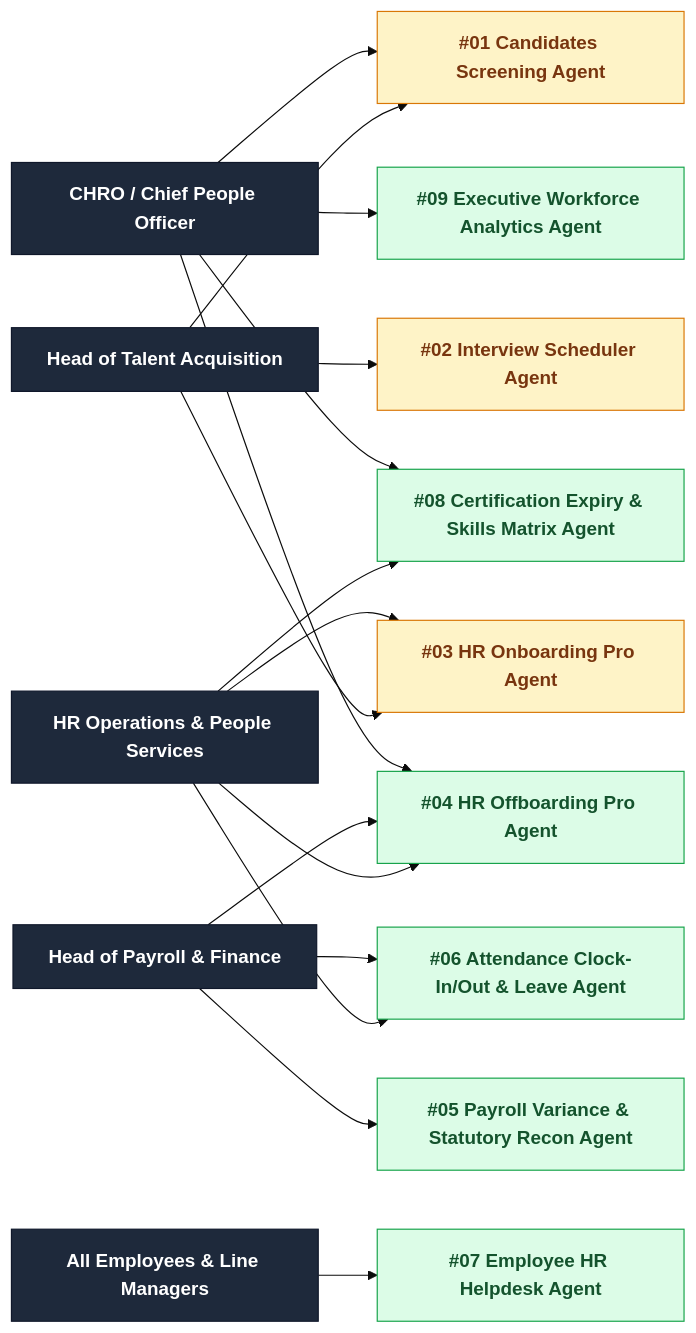
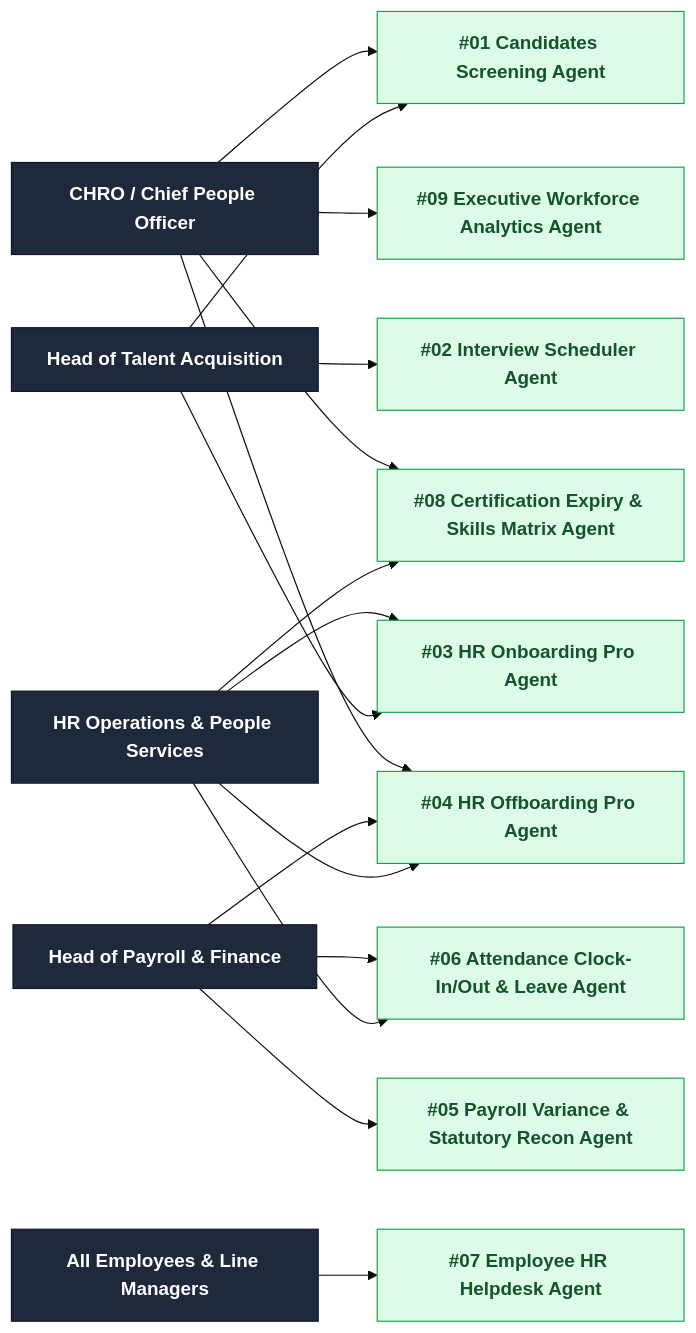
The first of 2 diagrams in README.md (zurupream/HR_Agents), drawn with Mermaid (base theme) before and after one commit. The commit also changed other lines of this file and 137 other files, not shown here.

````diff
--- a/README.md
+++ b/README.md
@@ -32,42 +34,41 @@
 ```mermaid
 flowchart LR
     classDef persona fill:#1e293b,stroke:#0f172a,color:#ffffff,font-weight:bold
-    classDef built fill:#fef3c7,stroke:#d97706,color:#78350f,font-weight:bold
     classDef verified fill:#dcfce7,stroke:#16a34a,color:#14532d,font-weight:bold
 
     CHRO["CHRO / Chief People Officer"]:::persona
     TA["Head of Talent Acquisition"]:::persona
     HROPS["HR Operations & People Services"]:::persona
     PAY["Head of Payroll & Finance"]:::persona
     EMP["All Employees & Line Managers"]:::persona
 
-    A01["#01 Candidates Screening Agent"]:::built
-    A02["#02 Interview Scheduler Agent"]:::built
-    A03["#03 HR Onboarding Pro Agent"]:::built
+    A01["#01 Candidates Screening Agent"]:::verified
+    A02["#02 Interview Scheduler Agent"]:::verified
+    A03["#03 HR Onboarding Pro Agent"]:::verified
     A04["#04 HR Offboarding Pro Agent"]:::verified
     A05["#05 Payroll Variance & Statutory Recon Agent"]:::verified
     A06["#06 Attendance Clock-In/Out & Leave Agent"]:::verified
     A07["#07 Employee HR Helpdesk Agent"]:::verified
     A08["#08 Certification Expiry & Skills Matrix Agent"]:::verified
     A09["#09 Executive Workforce Analytics Agent"]:::verified
 
     TA --> A01
     TA --> A02
     TA --> A03
 
     HROPS --> A03
     HROPS --> A04
     HROPS --> A06
     HROPS --> A08
 
     PAY --> A04
     PAY --> A05
     PAY --> A06
 
     EMP --> A07
 
     CHRO --> A01
     CHRO --> A04
     CHRO --> A08
     CHRO --> A09
 ```
````
